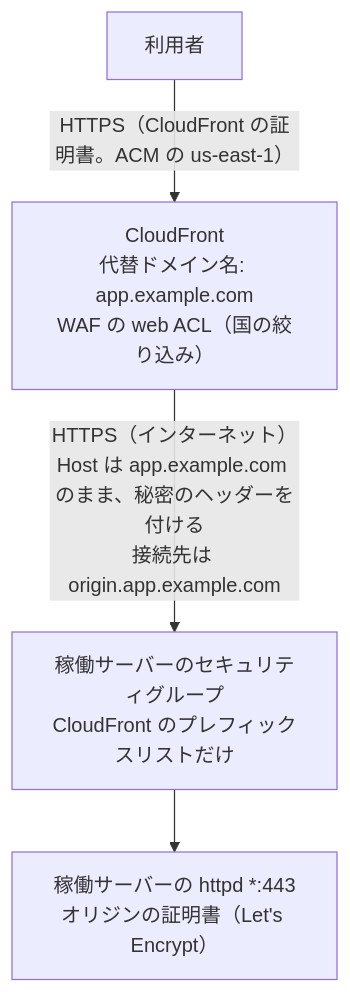
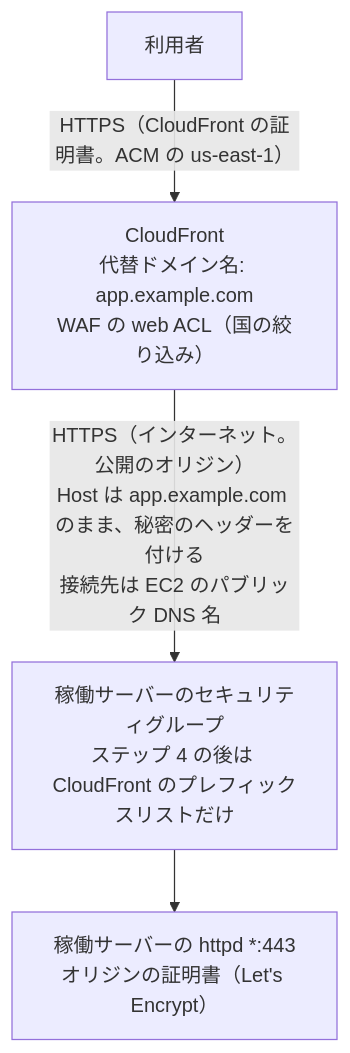
One commit to rxsxkxd/pk changed the first of 2 diagrams in docs/ec2-tls-termination-migration/README.md. Above: the diagram before and after it, drawn with Mermaid. The commit also changed other lines of this file and 23 other files, not shown here.

````diff
--- a/docs/ec2-tls-termination-migration/README.md
+++ b/docs/ec2-tls-termination-migration/README.md
@@ -27,7 +27,7 @@
 ```mermaid
 %%{init: {"themeVariables": {"fontSize": "16px"}}}%%
 flowchart TD
   U["利用者"] -- "HTTPS（CloudFront の証明書。ACM の us-east-1）" --> CF["CloudFront<br/>代替ドメイン名: app.example.com<br/>WAF の web ACL（国の絞り込み）"]
-  CF -- "HTTPS（インターネット）<br/>Host は app.example.com のまま、秘密のヘッダーを付ける<br/>接続先は origin.app.example.com" --> SG["稼働サーバーのセキュリティグループ<br/>CloudFront のプレフィックスリストだけ"]
+  CF -- "HTTPS（インターネット。公開のオリジン）<br/>Host は app.example.com のまま、秘密のヘッダーを付ける<br/>接続先は EC2 のパブリック DNS 名" --> SG["稼働サーバーのセキュリティグループ<br/>ステップ 4 の後は CloudFront のプレフィックスリストだけ"]
   SG --> H["稼働サーバーの httpd *:443<br/>オリジンの証明書（Let's Encrypt）"]
 ```
````
